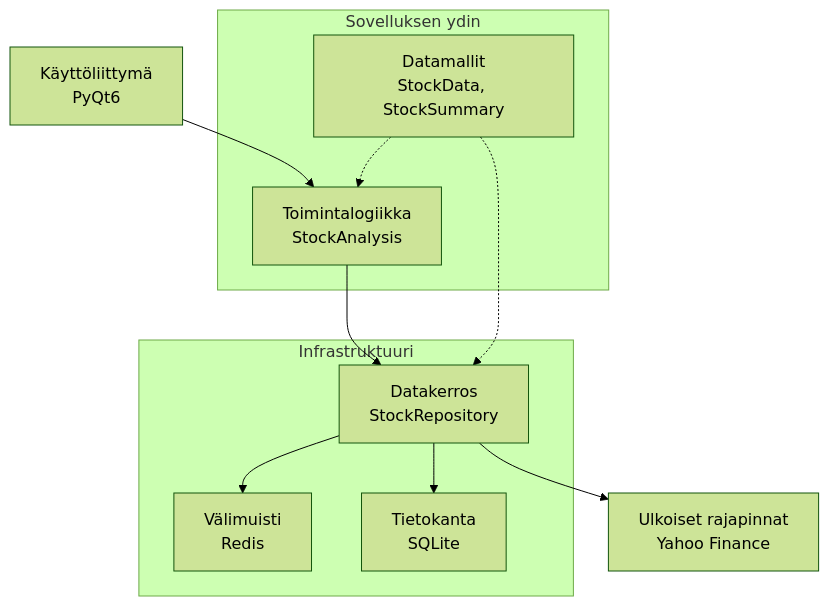
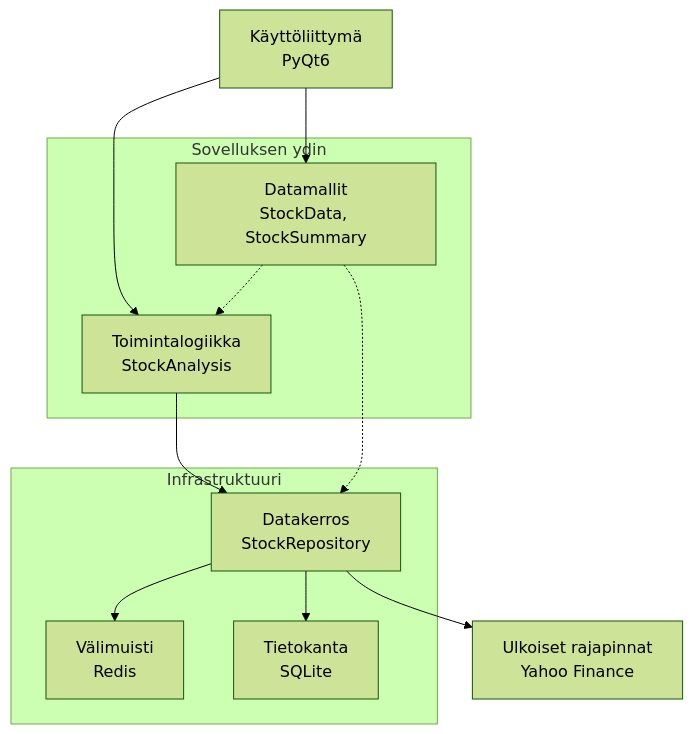
Before and after one commit to Aulanko/ot-harjoitustyo-Leo: the diagram in documentation/arkkitehtuuri.md, drawn with Mermaid (forest theme).

Commit message:
improving the architecture

````diff
--- a/documentation/arkkitehtuuri.md
+++ b/documentation/arkkitehtuuri.md
@@ -5,23 +5,24 @@
 ```mermaid
 flowchart TD
     A[Käyttöliittymä<br>PyQt6] --> B[Toimintalogiikka<br>StockAnalysis]
+    A[Käyttöliittymä<br>PyQt6] --> G[Datamallit, <br>StockData, StockSummary]
     B --> C[Datakerros<br>StockRepository]
     C --> D[Ulkoiset rajapinnat<br>Yahoo Finance]
     
     C --> E[Välimuisti<br>Redis]
     C --> F[Tietokanta<br>SQLite]
     
     G[Datamallit<br>StockData, StockSummary] -.-> B
     G -.-> C
     
     subgraph "Sovelluksen ydin"
         B
         G
     end
     
     subgraph "Infrastruktuuri"
         C
         E
         F
     end
  ```
````
